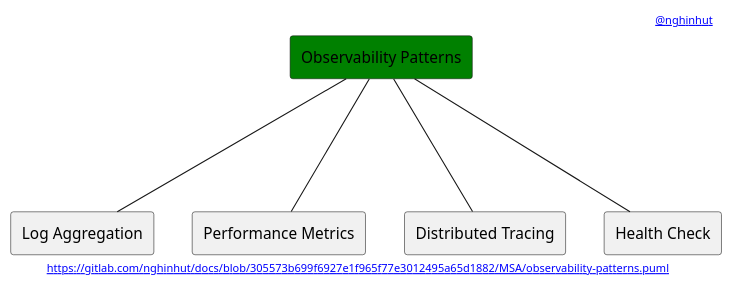
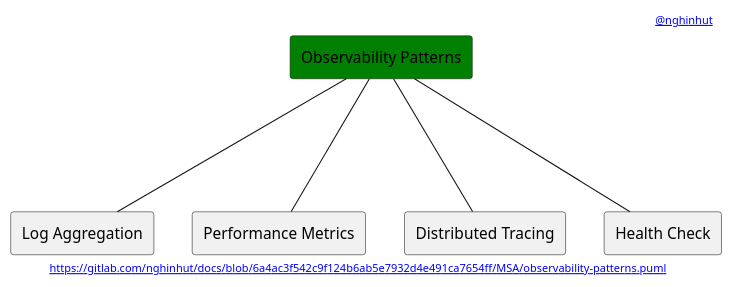
One commit to nghinhut/docs changed the diagram in MSA/observability-patterns.puml. Above: the diagram before and after it, drawn with PlantUML. The commit also changed 18 other files, not shown here.

Commit message:
Update diagrams

```diff
--- a/MSA/observability-patterns.puml
+++ b/MSA/observability-patterns.puml
@@ -1,18 +1,18 @@
 @startuml
 '-----START auto generated metadata please keep comment here to allow auto update-----
 '-----DON'T EDIT THIS SECTION, INSTEAD RE-RUN prebuild.sh TO UPDATE-----
-header [[www.nghinhut.dev?from=http%5C%3A%5C%2F%5C%2Fwww%5C.plantuml%5C.com%5C%2Fplantuml%5C%2Fproxy%3Ffmt%3Dsvg%5C%26src%3Dhttps%5C%3A%5C%2F%5C%2Fgitlab%5C.com%5C%2Fnghinhut%5C%2Fdocs%5C%2Fraw%5C%2F305573b699f6927e1f965f77e3012495a65d1882%5C%2FMSA%5C%2Fobservability-patterns%5C.puml%0A @nghinhut]]
-footer [[http://www.plantuml.com/plantuml/proxy?fmt=svg&src=https://gitlab.com/nghinhut/docs/raw/305573b699f6927e1f965f77e3012495a65d1882/MSA/observability-patterns.puml https://gitlab.com/nghinhut/docs/blob/305573b699f6927e1f965f77e3012495a65d1882/MSA/observability-patterns.puml]]
+header [[www.nghinhut.dev?from=https%5C%3A%5C%2F%5C%2Fgitlab%5C.com%5C%2Fnghinhut%5C%2Fdocs%5C%2Fblob%5C%2F6a4ac3f542c9f124b6ab5e7932d4e491ca7654ff%5C%2FMSA%5C%2Fobservability-patterns%5C.puml%0A @nghinhut]]
+footer [[http://www.plantuml.com/plantuml/proxy?fmt=svg&src=https://gitlab.com/nghinhut/docs/raw/6a4ac3f542c9f124b6ab5e7932d4e491ca7654ff/MSA/observability-patterns.puml https://gitlab.com/nghinhut/docs/blob/6a4ac3f542c9f124b6ab5e7932d4e491ca7654ff/MSA/observability-patterns.puml]]
 '-----END auto generated metadata please keep comment here to allow auto update-----
 
 rectangle "Observability Patterns" as Observability #green
 
 rectangle "Log Aggregation" as ObservabilityP1
 rectangle "Performance Metrics" as ObservabilityP2
 rectangle "Distributed Tracing" as ObservabilityP3
 rectangle "Health Check" as ObservabilityP4
 Observability --- ObservabilityP1
 Observability --- ObservabilityP2
 Observability --- ObservabilityP3
 Observability --- ObservabilityP4
 @enduml
```
